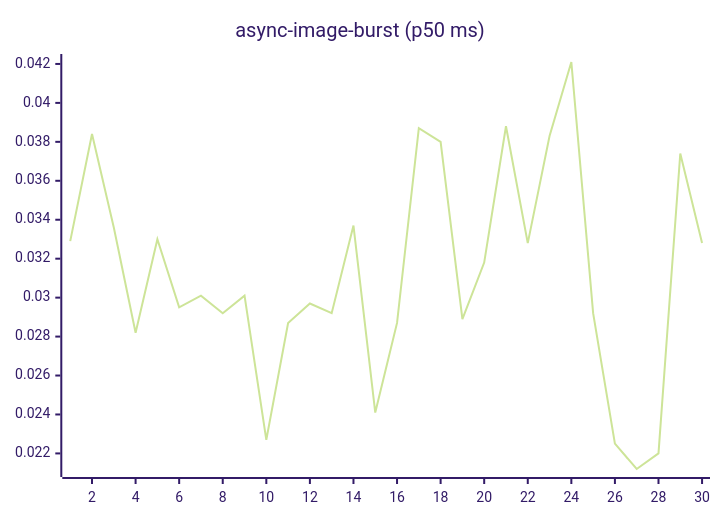
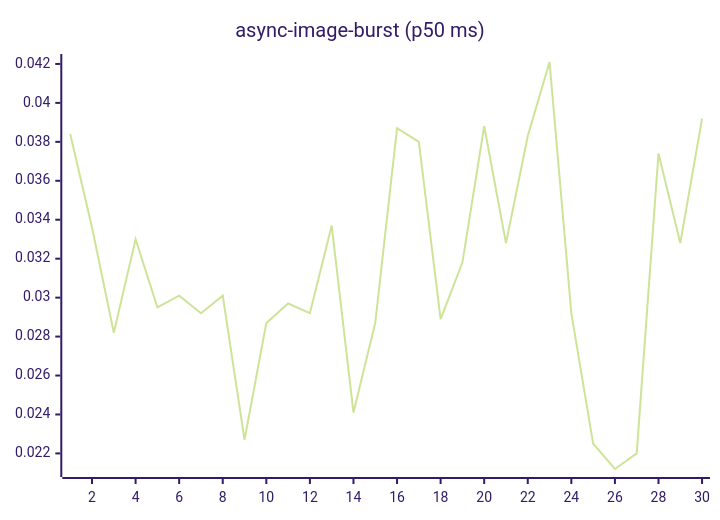
The fourth of 27 diagrams in README.md (josha/Facet), drawn with Mermaid (forest theme) before and after one commit. The commit also changed other lines of this file and 2 other files, not shown here.

````diff
--- a/README.md
+++ b/README.md
@@ -84,6 +84,6 @@
 ```mermaid
 xychart-beta
     title "async-image-burst (p50 ms)"
     x-axis 1 --> 30
-    line [0.0329, 0.0384, 0.0336, 0.0282, 0.0330, 0.0295, 0.0301, 0.0292, 0.0301, 0.0227, 0.0287, 0.0297, 0.0292, 0.0337, 0.0241, 0.0287, 0.0387, 0.0380, 0.0289, 0.0318, 0.0388, 0.0328, 0.0383, 0.0421, 0.0292, 0.0225, 0.0212, 0.0220, 0.0374, 0.0328]
+    line [0.0384, 0.0336, 0.0282, 0.0330, 0.0295, 0.0301, 0.0292, 0.0301, 0.0227, 0.0287, 0.0297, 0.0292, 0.0337, 0.0241, 0.0287, 0.0387, 0.0380, 0.0289, 0.0318, 0.0388, 0.0328, 0.0383, 0.0421, 0.0292, 0.0225, 0.0212, 0.0220, 0.0374, 0.0328, 0.0392]
 ```
````
